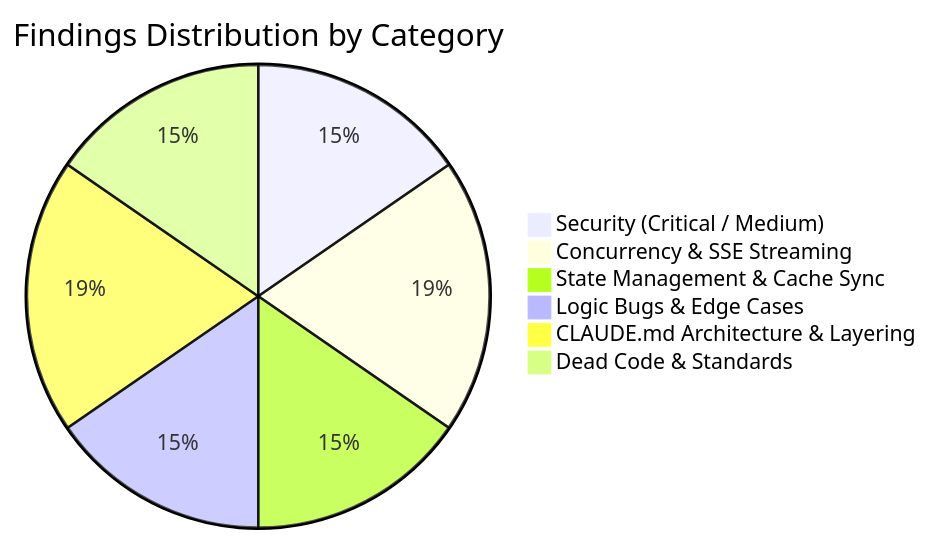
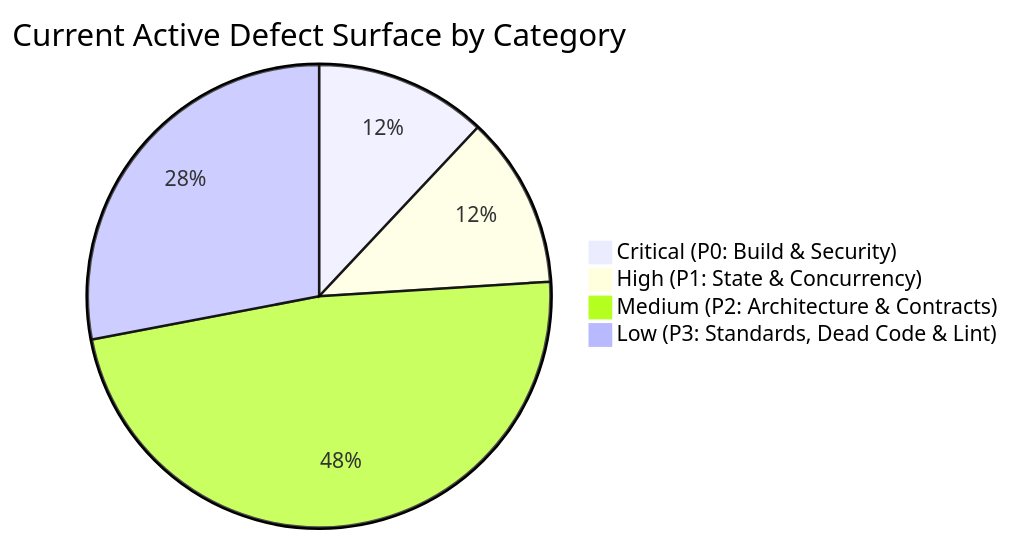
The first of 2 diagrams in docs/FRONTEND_CODEBASE_REVIEW.md (AryanSherigar/AI-DND), drawn with Mermaid before and after one commit. The commit also changed other lines of this file and 196 other files, not shown here.

````diff
--- a/docs/FRONTEND_CODEBASE_REVIEW.md
+++ b/docs/FRONTEND_CODEBASE_REVIEW.md
@@ -31,9 +33,7 @@
 ```mermaid
-pie title Findings Distribution by Category
-    "Security (Critical / Medium)" : 4
-    "Concurrency & SSE Streaming" : 5
-    "State Management & Cache Sync" : 4
-    "Logic Bugs & Edge Cases" : 4
-    "CLAUDE.md Architecture & Layering" : 5
-    "Dead Code & Standards" : 4
+pie title Current Active Defect Surface by Category
+    "Critical (P0: Build & Security)" : 3
+    "High (P1: State & Concurrency)" : 3
+    "Medium (P2: Architecture & Contracts)" : 12
+    "Low (P3: Standards, Dead Code & Lint)" : 7
 ```
````
